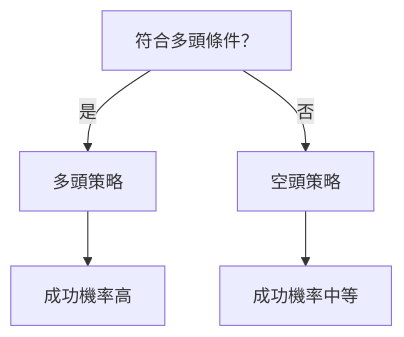
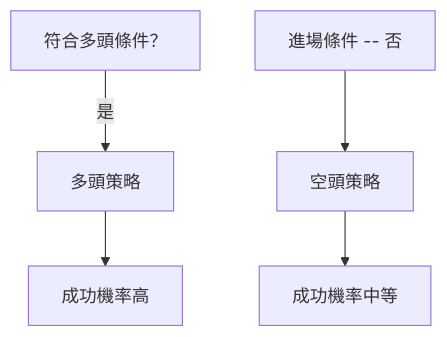
Before and after one commit to yennanliu/finance_data: the ninth of 10 diagrams in ai_gen_report/stock/tsla/technical_analysis_2026-04-03_openai.md, drawn with Mermaid. The commit also changed 2258 other files, not shown here.

First line of the commit message:
chore: backfill Mermaid syntax repair across existing reports

````diff
--- a/ai_gen_report/stock/tsla/technical_analysis_2026-04-03_openai.md
+++ b/ai_gen_report/stock/tsla/technical_analysis_2026-04-03_openai.md
@@ -333,7 +333,7 @@
 ```mermaid
 graph TD
     進場條件["符合多頭條件？"] -- 是 --> 多頭策略
-    進場條件 -- 否 --> 空頭策略
+    nb1["進場條件 -- 否"] --> 空頭策略
     多頭策略 --> 成功機率高
     空頭策略 --> 成功機率中等
 ```
````
